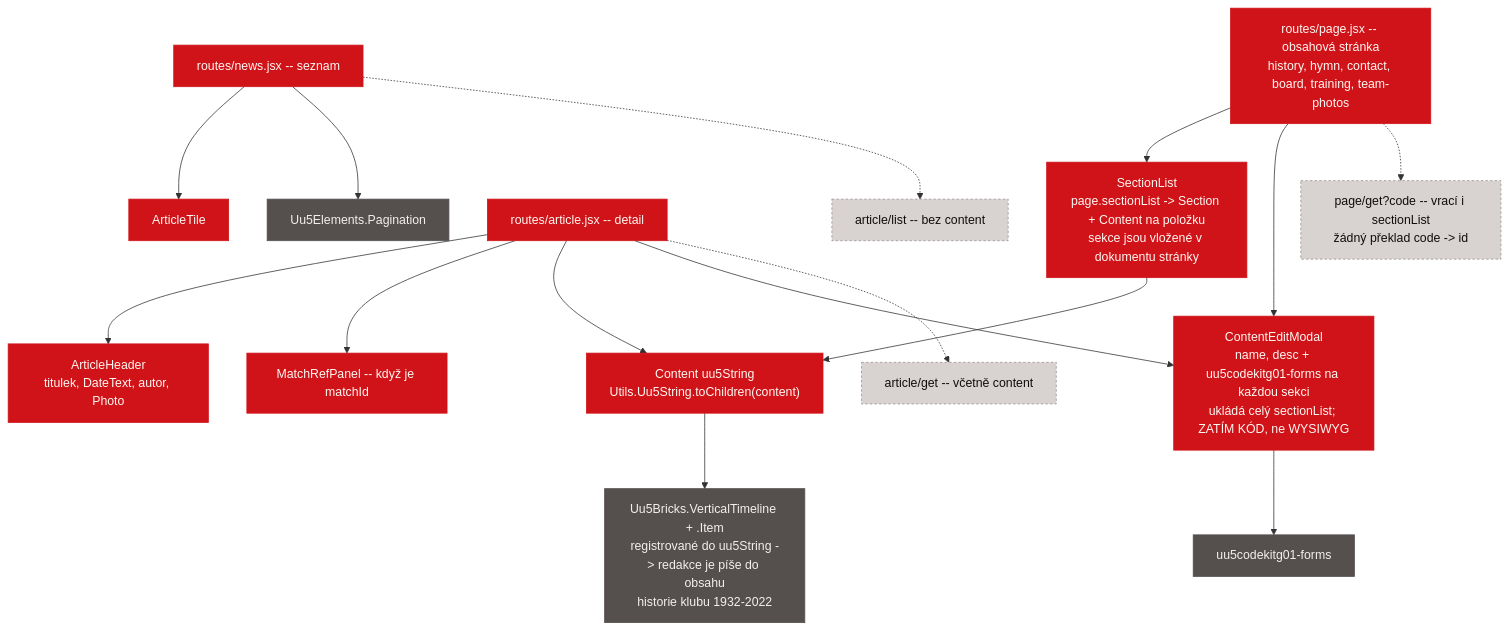
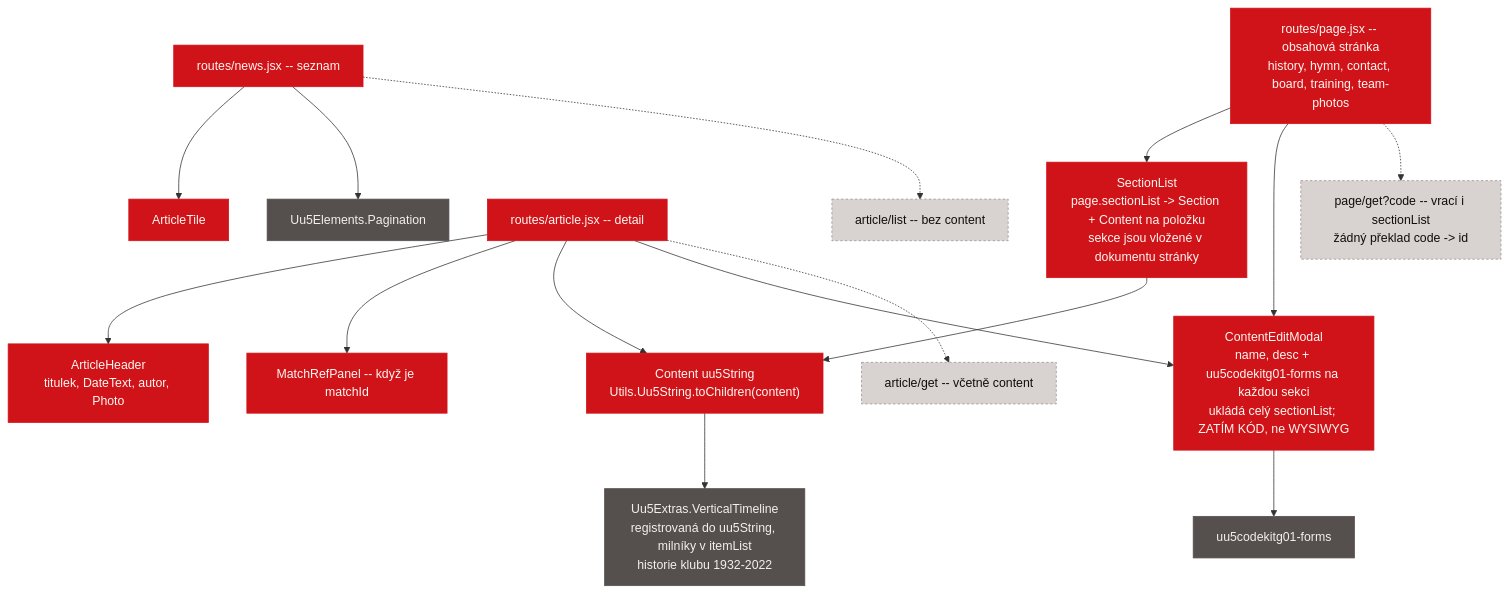
The eighth of 10 diagrams in design/component-tree.md (capo00/afkbratcice), drawn with Mermaid before and after one commit. The commit also changed other lines of this file and 10 other files, not shown here.

First line of the commit message:
fix: historie na Uu5Extras.VerticalTimeline místo g01 knihovny

````diff
--- a/design/component-tree.md
+++ b/design/component-tree.md
@@ -361,38 +361,38 @@
 ```mermaid
 flowchart TD
   news["routes/news.jsx -- seznam"]:::own
   pag["Uu5Elements.Pagination"]:::uu5
   atile["ArticleTile"]:::own
 
   art["routes/article.jsx -- detail"]:::own
   ahead["ArticleHeader<br/>titulek, DateText, autor, Photo"]:::own
   mref["MatchRefPanel -- když je matchId"]:::own
   content["Content uu5String<br/>Utils.Uu5String.toChildren(content)"]:::own
   seclist["SectionList<br/>page.sectionList -> Section + Content na položku<br/>sekce jsou vložené v dokumentu stránky"]:::own
 
   page["routes/page.jsx -- obsahová stránka<br/>history, hymn, contact, board, training, team-photos"]:::own
   edit["ContentEditModal<br/>name, desc + uu5codekitg01-forms na každou sekci<br/>ukládá celý sectionList; ZATÍM KÓD, ne WYSIWYG"]:::own
   ck["uu5codekitg01-forms"]:::uu5
-  tl["Uu5Bricks.VerticalTimeline + .Item<br/>registrované do uu5String -> redakce je píše do obsahu<br/>historie klubu 1932-2022"]:::uu5
+  tl["Uu5Extras.VerticalTimeline<br/>registrovaná do uu5String, milníky v itemList<br/>historie klubu 1932-2022"]:::uu5
 
   d1["article/list -- bez content"]:::data
   d2["article/get -- včetně content"]:::data
   d3["page/get?code -- vrací i sectionList<br/>žádný překlad code -> id"]:::data
 
   news --> atile
   news --> pag
   news -.-> d1
   art --> ahead & mref & content
   art --> edit
   art -.-> d2
   page --> seclist --> content
   page --> edit
   page -.-> d3
   edit --> ck
   content --> tl
 
   classDef own fill:#D01319,color:#FEF7F2,stroke:#D01319
   classDef caio fill:#2A1B19,color:#F3EFED,stroke:#2A1B19
   classDef uu5 fill:#55504E,color:#F3EFED,stroke:#55504E
   classDef data fill:#D8D2D0,color:#120D0C,stroke:#99908E,stroke-dasharray:3 3
 ```
````
